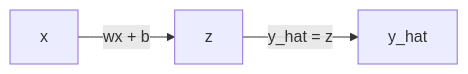
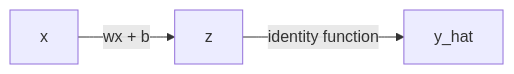
Before and after one commit to erikaduan/textbook_notes: the first of 2 diagrams in blog_posts/backpropagation_various_sources.md, drawn with Mermaid. The commit also changed other lines of this file and 2 other files, not shown here.

Commit message:
update backpropagation post with example using sigmoid function

````diff
--- a/blog_posts/backpropagation_various_sources.md
+++ b/blog_posts/backpropagation_various_sources.md
@@ -322,5 +327,5 @@
 ``` mermaid
 flowchart LR 
   x --wx + b--> z
-  z --y_hat = z--> y_hat
+  z --identity function--> y_hat
 ```
````
